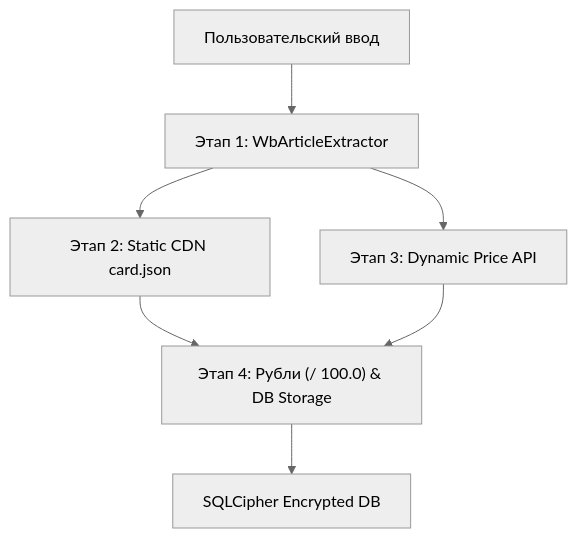
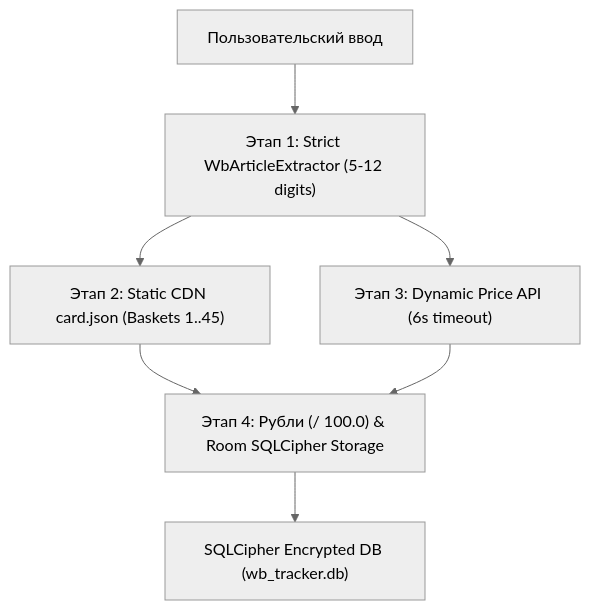
The third of 4 diagrams in architecture_plan.md (YuNoons/wbtracker), drawn with Mermaid (neutral theme) before and after one commit. The commit also changed other lines of this file and 9 other files, not shown here.

````diff
--- a/architecture_plan.md
+++ b/architecture_plan.md
@@ -247,9 +293,9 @@
 ```mermaid
 graph TD
-    Input["Пользовательский ввод"] --> Stage1["Этап 1: WbArticleExtractor"]
-    Stage1 --> Stage2["Этап 2: Static CDN card.json"]
-    Stage1 --> Stage3["Этап 3: Dynamic Price API"]
-    Stage2 --> Stage4["Этап 4: Рубли (/ 100.0) & DB Storage"]
+    Input["Пользовательский ввод"] --> Stage1["Этап 1: Strict WbArticleExtractor (5-12 digits)"]
+    Stage1 --> Stage2["Этап 2: Static CDN card.json (Baskets 1..45)"]
+    Stage1 --> Stage3["Этап 3: Dynamic Price API (6s timeout)"]
+    Stage2 --> Stage4["Этап 4: Рубли (/ 100.0) & Room SQLCipher Storage"]
     Stage3 --> Stage4
-    Stage4 --> SQLCipher["SQLCipher Encrypted DB"]
+    Stage4 --> SQLCipher["SQLCipher Encrypted DB (wb_tracker.db)"]
 ```
````
